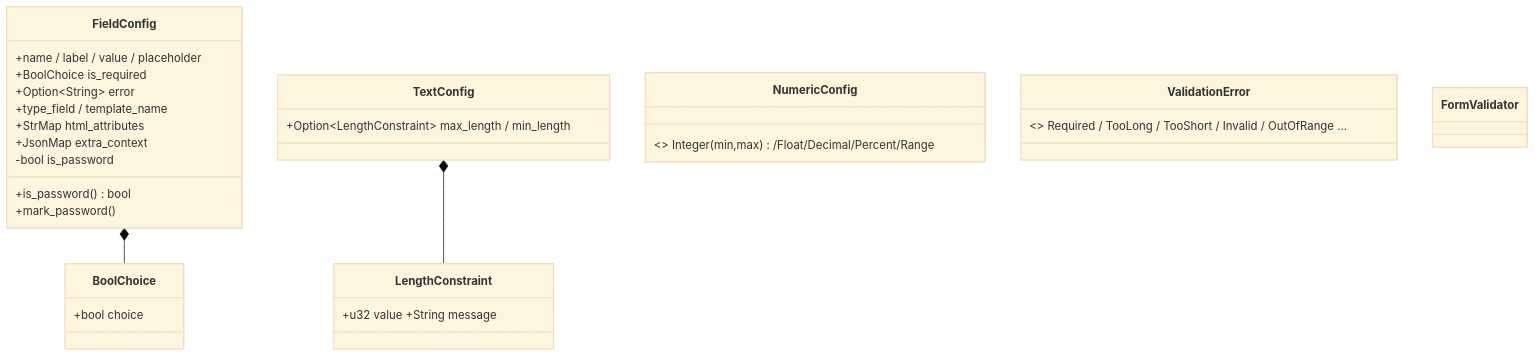
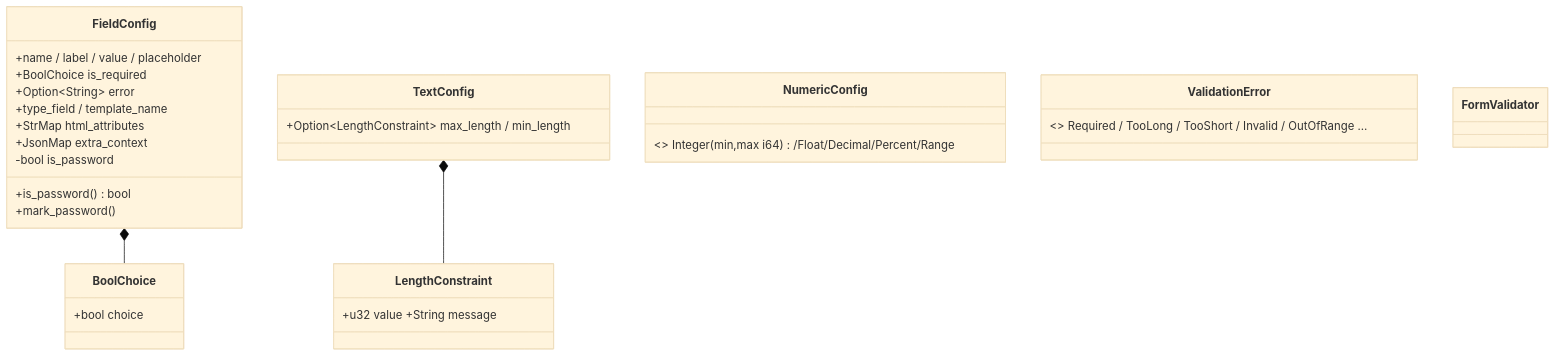
Before and after one commit to seb-alliot/runique: the second of 2 diagrams in diagramme/uml/forms/fields-complets.md, drawn with Mermaid (base theme). The commit also changed other lines of this file and 57 other files, not shown here.

Commit message:
fix few bug && diagramme

````diff
--- a/diagramme/uml/forms/fields-complets.md
+++ b/diagramme/uml/forms/fields-complets.md
@@ -86,24 +95,24 @@
 ```mermaid
 classDiagram
     class FieldConfig {
         +name / label / value / placeholder
         +BoolChoice is_required
         +Option~String~ error
         +type_field / template_name
         +StrMap html_attributes
         +JsonMap extra_context
         -bool is_password
         +is_password() bool
         +mark_password()
     }
     class LengthConstraint { +u32 value +String message }
     class BoolChoice { +bool choice }
     class TextConfig { +Option~LengthConstraint~ max_length / min_length }
-    class NumericConfig { <<enum>> Integer(min,max)/Float/Decimal/Percent/Range }
+    class NumericConfig { <<enum>> Integer(min,max i64)/Float/Decimal/Percent/Range }
     class ValidationError {
         <<enum>> Required / TooLong / TooShort / Invalid / OutOfRange …
     }
     class FormValidator
     FieldConfig *-- BoolChoice
     TextConfig *-- LengthConstraint
 ```
````
